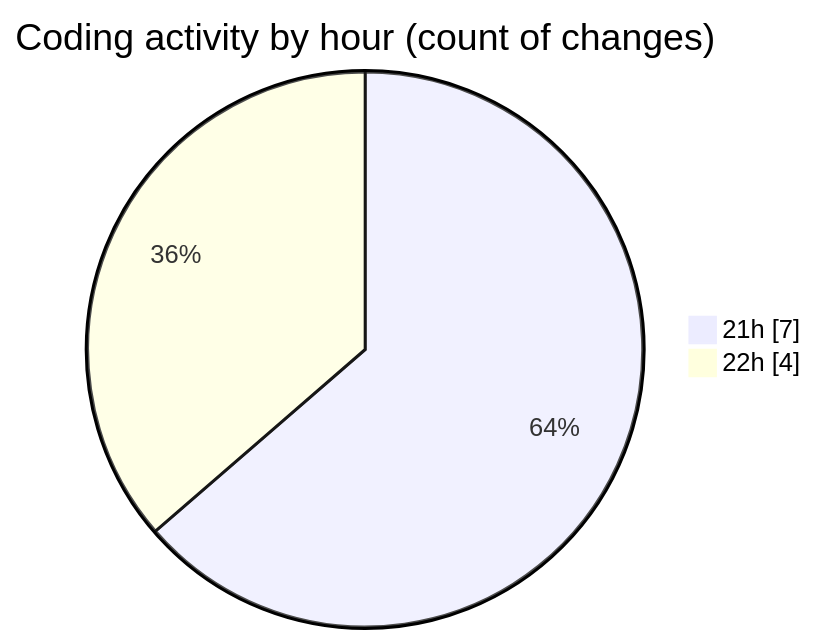
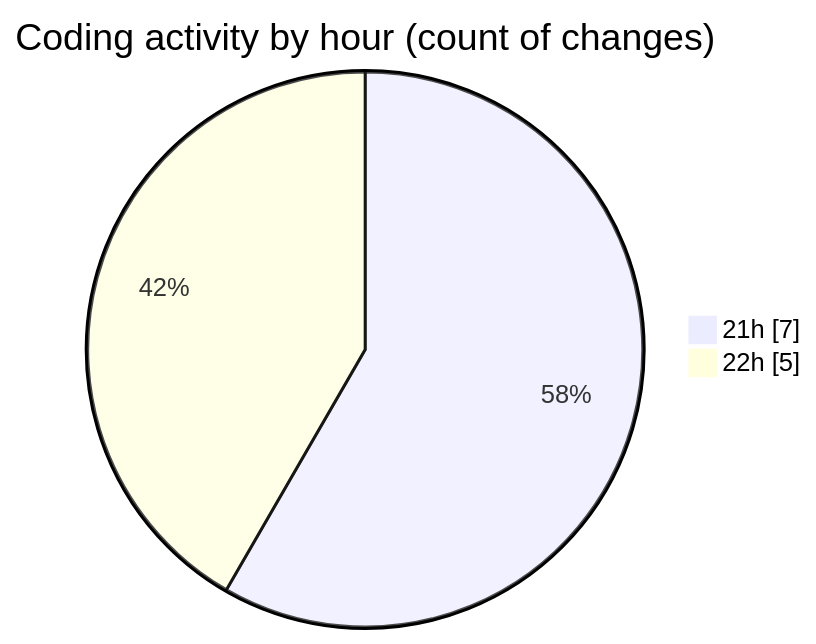
The second of 2 diagrams in 2025-08-26/mcp-web/README.md (EIIisD/code-tracking), drawn with Mermaid before and after one commit. The commit also changed other lines of this file and 1 other file, not shown here.

````diff
--- a/2025-08-26/mcp-web/README.md
+++ b/2025-08-26/mcp-web/README.md
@@ -30,6 +30,6 @@
 ```mermaid
 pie showData
 title Coding activity by hour (count of changes)
 "21h" : 7
-"22h" : 4
+"22h" : 5
 ```
````
